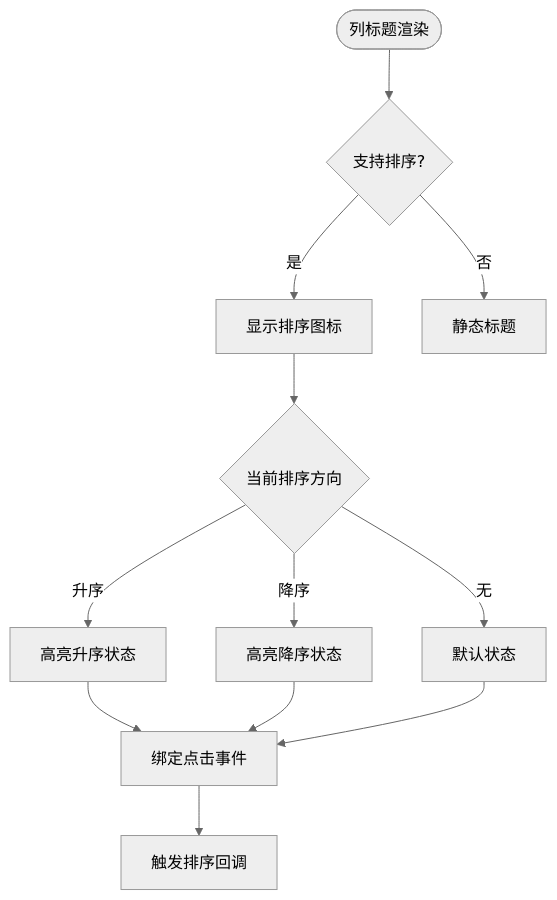
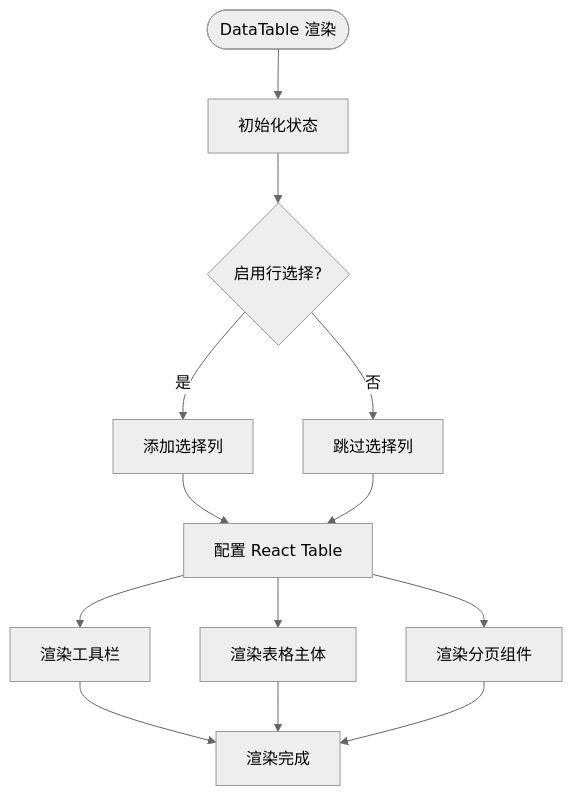
One commit to translateServers/nodes-stack changed the ninth of 15 diagrams in .qoder/repowiki/zh/content/开发工具/Shadcn_UI 技能系统.md. Above: the diagram before and after it, drawn with Mermaid (neutral theme). The commit also changed other lines of this file and 5 other files, not shown here.

````diff
--- a/.qoder/repowiki/zh/content/开发工具/Shadcn_UI 技能系统.md
+++ b/.qoder/repowiki/zh/content/开发工具/Shadcn_UI 技能系统.md
@@ -387,14 +413,15 @@
 ```mermaid
 flowchart TD
-Start([列标题渲染]) --> CheckSort{"支持排序?"}
-CheckSort --> |是| SortIcon["显示排序图标"]
-CheckSort --> |否| StaticHeader["静态标题"]
-SortIcon --> CheckDirection{"当前排序方向"}
-CheckDirection --> |升序| Ascending["高亮升序状态"]
-CheckDirection --> |降序| Descending["高亮降序状态"]
-CheckDirection --> |无| Default["默认状态"]
-Ascending --> ClickHandler["绑定点击事件"]
-Descending --> ClickHandler
-Default --> ClickHandler
-ClickHandler --> SortAction["触发排序回调"]
+Start([DataTable 渲染]) --> StateInit["初始化状态"]
+StateInit --> SelectionCheck{"启用行选择?"}
+SelectionCheck --> |是| AddSelectionCol["添加选择列"]
+SelectionCheck --> |否| SkipSelection["跳过选择列"]
+AddSelectionCol --> TableSetup["配置 React Table"]
+SkipSelection --> TableSetup
+TableSetup --> ToolbarRender["渲染工具栏"]
+TableSetup --> TableRender["渲染表格主体"]
+TableSetup --> PaginationRender["渲染分页组件"]
+ToolbarRender --> RenderComplete["渲染完成"]
+TableRender --> RenderComplete
+PaginationRender --> RenderComplete
 ```
````
